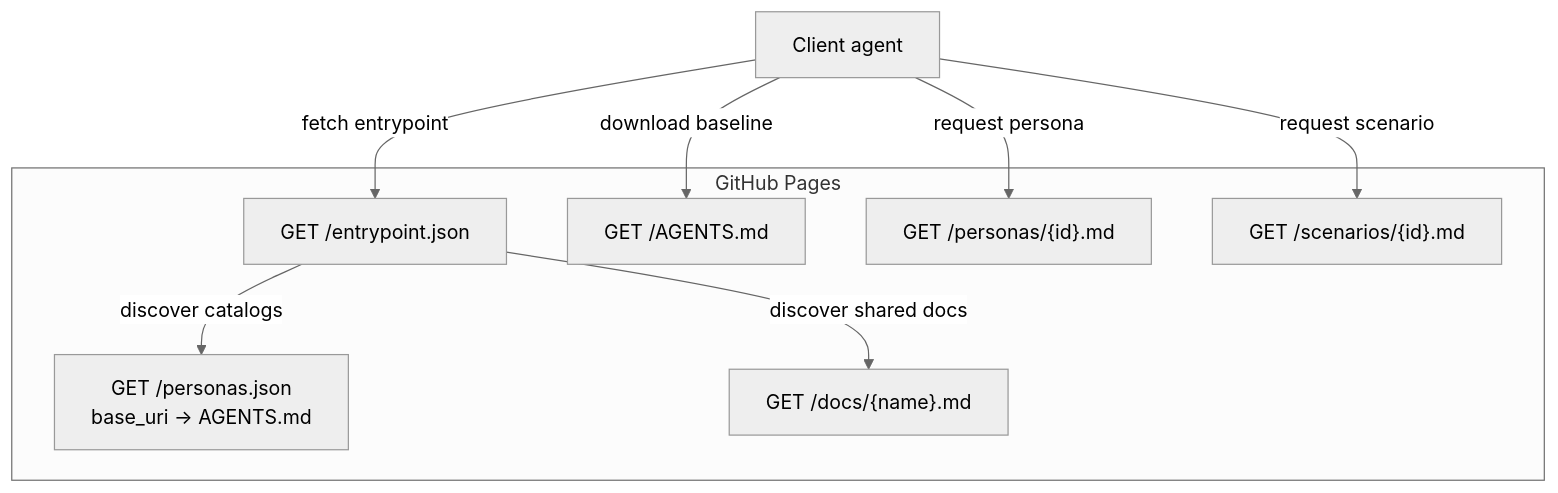
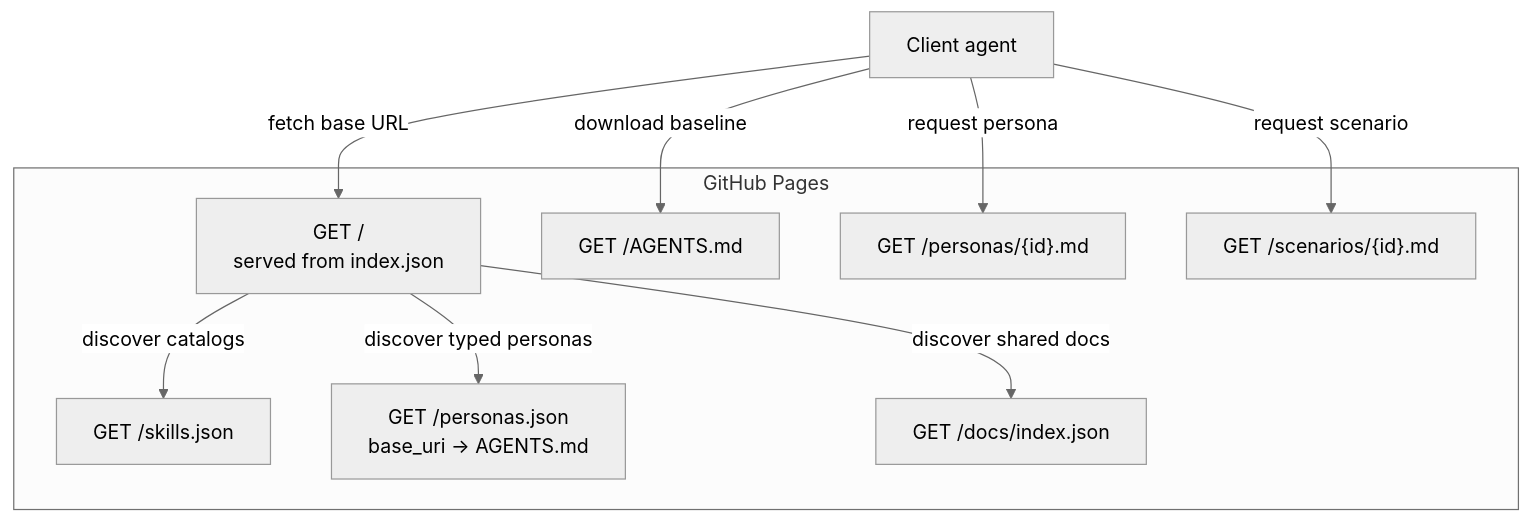
One commit to qqrm/codex-tools changed the first of 2 diagrams in README.md. Above: the diagram before and after it, drawn with Mermaid (neutral theme). The commit also changed other lines of this file and 7 other files, not shown here.

````diff
--- a/README.md
+++ b/README.md
@@ -181,18 +187,20 @@
 ```mermaid
 flowchart TD
-  Client["Client agent"] -->|"fetch entrypoint"| Entrypoint["GET /entrypoint.json"]
-  Entrypoint -->|"discover catalogs"| Catalog["GET /personas.json<br/>base_uri -> AGENTS.md"]
-  Entrypoint -->|"discover shared docs"| Docs["GET /docs/{name}.md"]
+  Client["Client agent"] -->|"fetch base URL"| Entrypoint["GET /<br/>served from index.json"]
+  Entrypoint -->|"discover catalogs"| Skills["GET /skills.json"]
+  Entrypoint -->|"discover typed personas"| Catalog["GET /personas.json<br/>base_uri -> AGENTS.md"]
+  Entrypoint -->|"discover shared docs"| Docs["GET /docs/index.json"]
   Client -->|"download baseline"| Agents["GET /AGENTS.md"]
   Client -->|"request persona"| Persona["GET /personas/{id}.md"]
   Client -->|"request scenario"| Scenario["GET /scenarios/{id}.md"]
 
   subgraph GitHubPages["GitHub Pages"]
     Entrypoint
+    Skills
     Catalog
     Docs
     Agents
     Persona
     Scenario
   end
 ```
````
